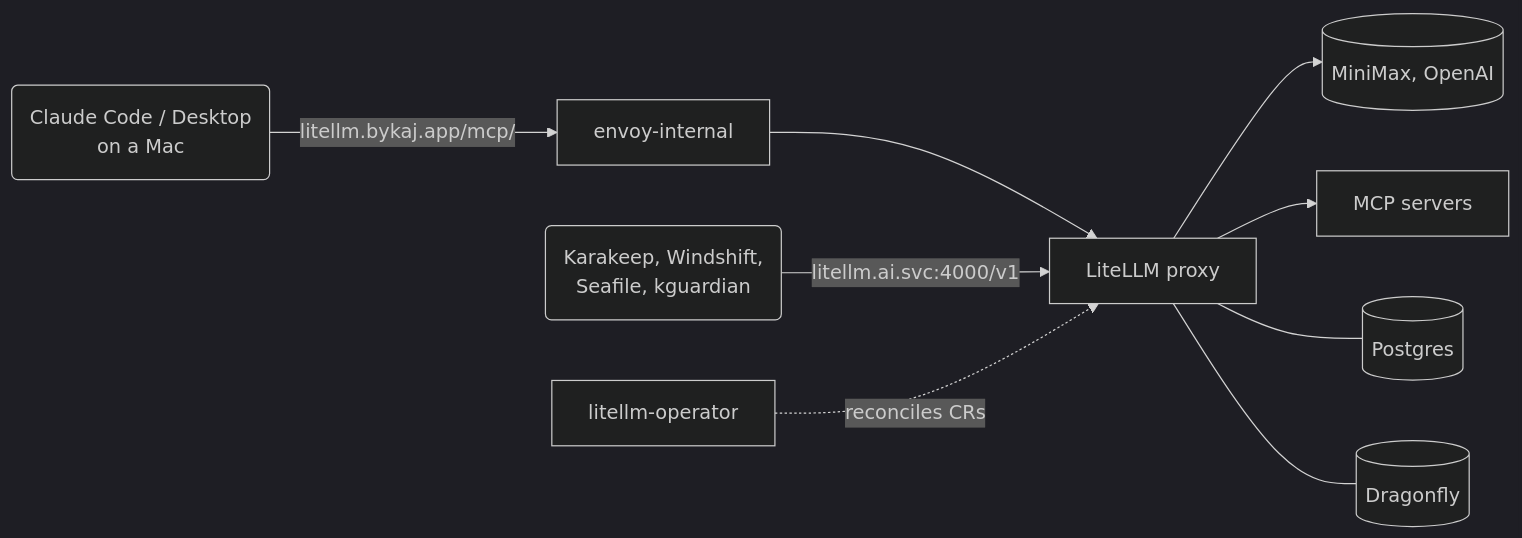
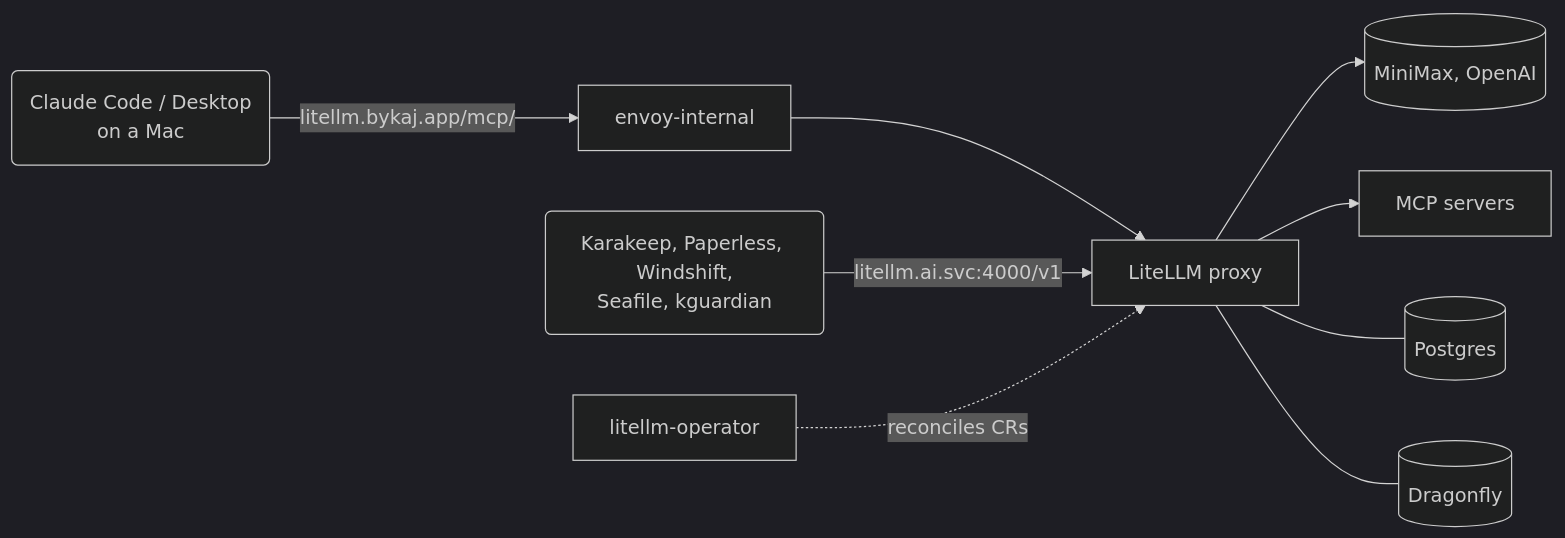
Before and after one commit to bykaj/home-ops: the diagram in docs/content/platforms/kubernetes/ai.md, drawn with Mermaid (dark theme). The commit also changed other lines of this file and 7 other files, not shown here.

````diff
--- a/docs/content/platforms/kubernetes/ai.md
+++ b/docs/content/platforms/kubernetes/ai.md
@@ -15,11 +15,11 @@
 ```mermaid
 graph LR
     cc(Claude Code / Desktop<br/>on a Mac) -->|litellm.bykaj.app/mcp/| int[envoy-internal]
     int --> proxy[LiteLLM proxy]
-    apps(Karakeep, Windshift,<br/>Seafile, kguardian) -->|litellm.ai.svc:4000/v1| proxy
+    apps(Karakeep, Paperless, Windshift,<br/>Seafile, kguardian) -->|litellm.ai.svc:4000/v1| proxy
     proxy --> models[(MiniMax, OpenAI)]
     proxy --> mcp[MCP servers]
     proxy --- pg[(Postgres)]
     proxy --- df[(Dragonfly)]
     op[litellm-operator] -.->|reconciles CRs| proxy
 ```
````
